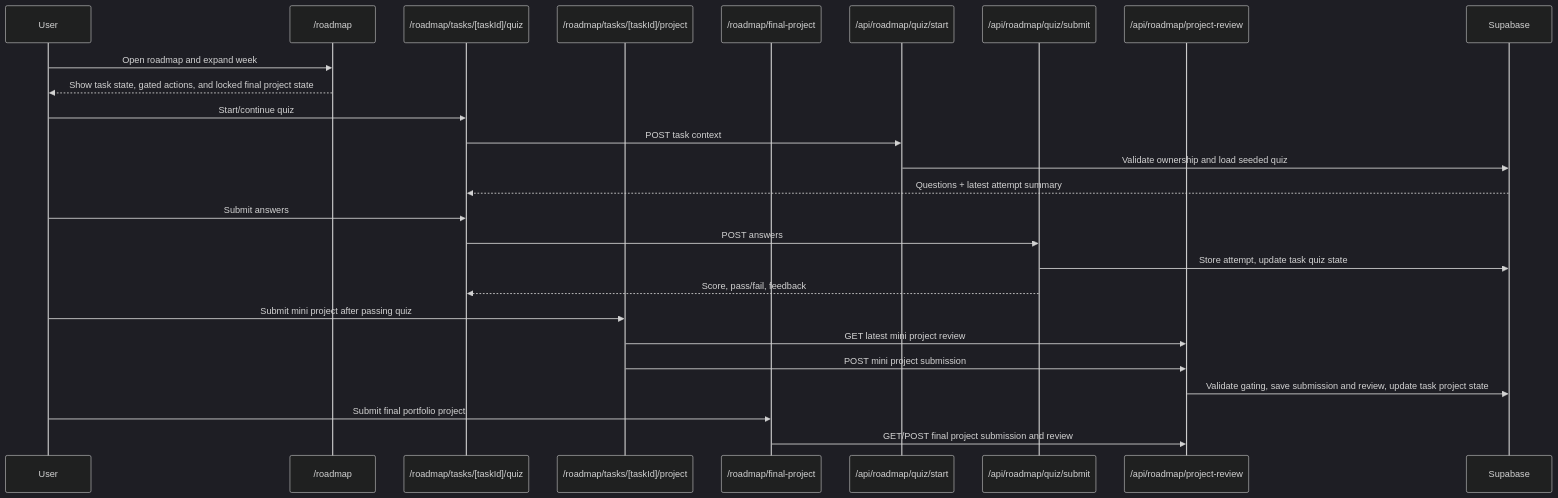
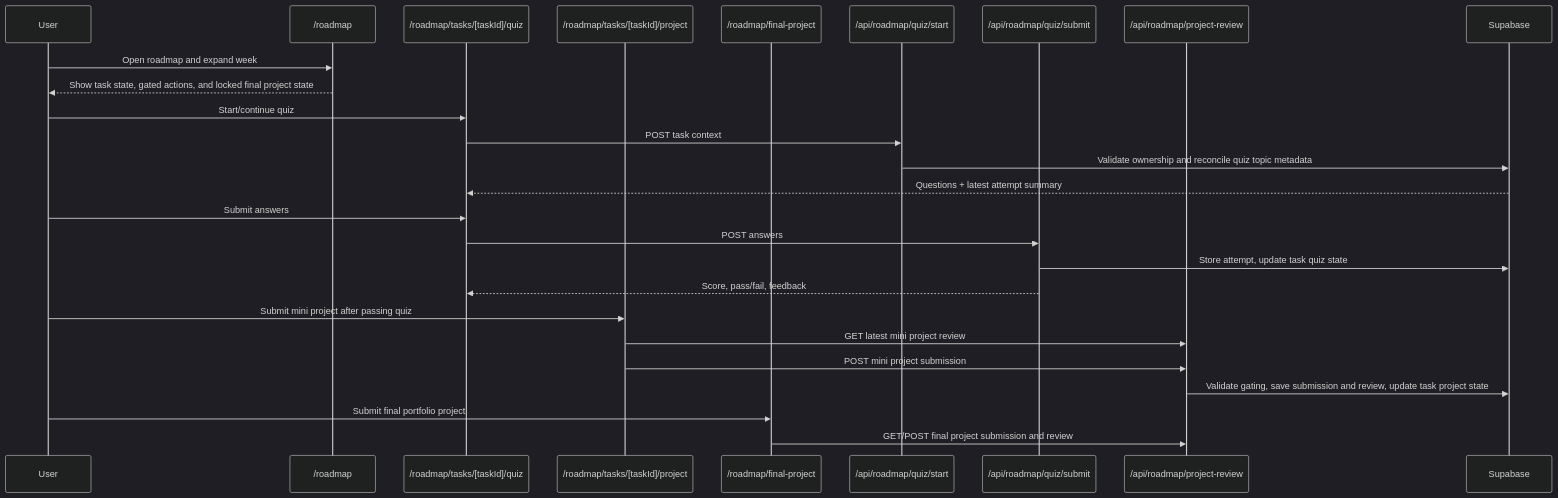
The seventh of 8 diagrams in docs/flow-overview.md (Sutannn13/Skill-Path-AI), drawn with Mermaid (dark theme) before and after one commit. The commit also changed other lines of this file and 38 other files, not shown here.

````diff
--- a/docs/flow-overview.md
+++ b/docs/flow-overview.md
@@ -106,29 +114,29 @@
 ```mermaid
 sequenceDiagram
   participant User
   participant Map as /roadmap
   participant QuizPage as /roadmap/tasks/[taskId]/quiz
   participant ProjectPage as /roadmap/tasks/[taskId]/project
   participant FinalPage as /roadmap/final-project
   participant QuizStart as /api/roadmap/quiz/start
   participant QuizSubmit as /api/roadmap/quiz/submit
   participant ProjectAPI as /api/roadmap/project-review
   participant DB as Supabase
 
   User->>Map: Open roadmap and expand week
   Map-->>User: Show task state, gated actions, and locked final project state
   User->>QuizPage: Start/continue quiz
   QuizPage->>QuizStart: POST task context
-  QuizStart->>DB: Validate ownership and load seeded quiz
+  QuizStart->>DB: Validate ownership and reconcile quiz topic metadata
   DB-->>QuizPage: Questions + latest attempt summary
   User->>QuizPage: Submit answers
   QuizPage->>QuizSubmit: POST answers
   QuizSubmit->>DB: Store attempt, update task quiz state
   QuizSubmit-->>QuizPage: Score, pass/fail, feedback
   User->>ProjectPage: Submit mini project after passing quiz
   ProjectPage->>ProjectAPI: GET latest mini project review
   ProjectPage->>ProjectAPI: POST mini project submission
   ProjectAPI->>DB: Validate gating, save submission and review, update task project state
   User->>FinalPage: Submit final portfolio project
   FinalPage->>ProjectAPI: GET/POST final project submission and review
 ```
````
